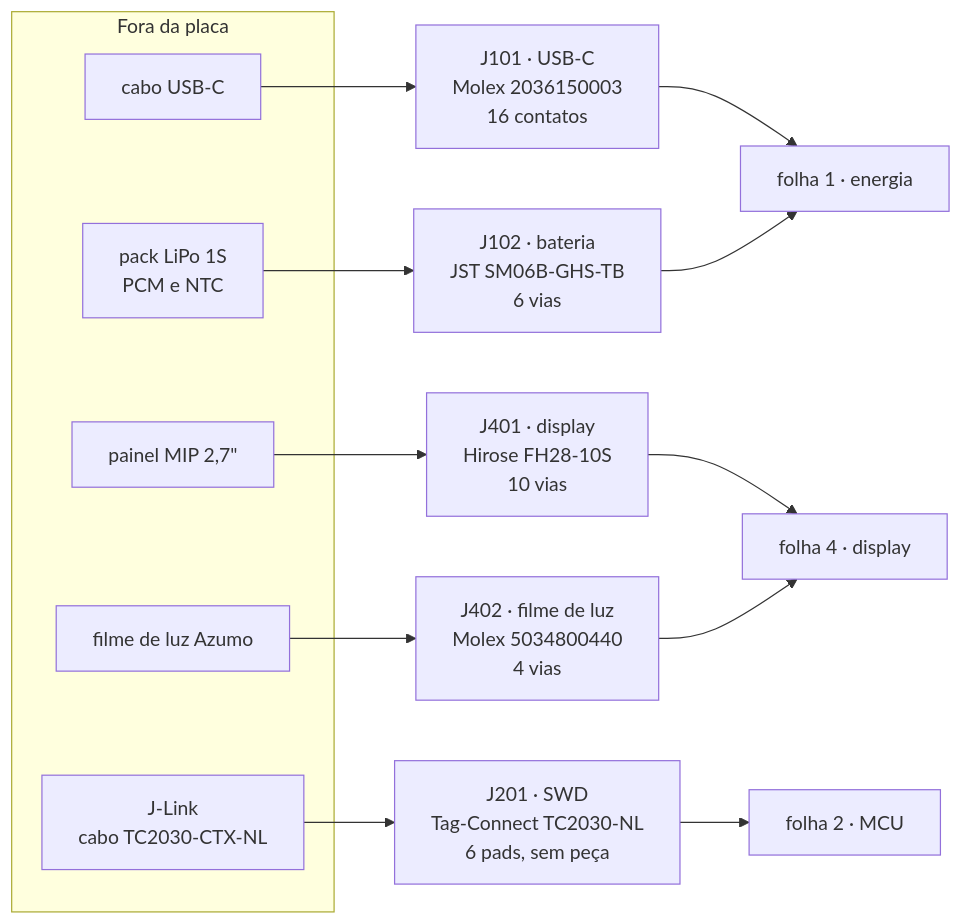
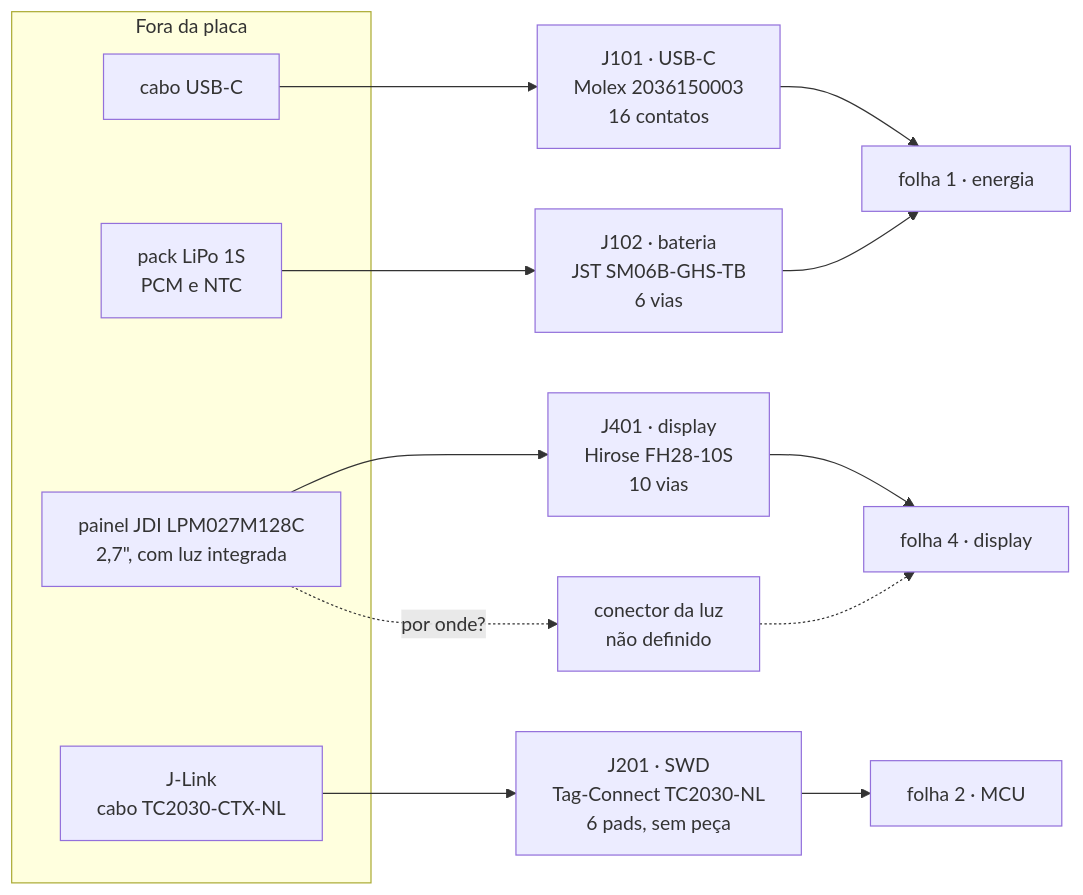
Before and after one commit to Guiimartinho/gnss-bike-computer: the first of 3 diagrams in hardware_gnssbike/06-conectores-e-pontos-de-teste.md, drawn with Mermaid. The commit also changed other lines of this file and 17 other files, not shown here.

````diff
--- a/hardware_gnssbike/06-conectores-e-pontos-de-teste.md
+++ b/hardware_gnssbike/06-conectores-e-pontos-de-teste.md
@@ -37,20 +37,19 @@
 ```mermaid
 flowchart LR
     subgraph EXT["Fora da placa"]
         CABO["cabo USB-C"]
         PACK["pack LiPo 1S<br/>PCM e NTC"]
-        PAINEL["painel MIP 2,7&quot;"]
-        FILME["filme de luz Azumo"]
+        PAINEL["painel JDI LPM027M128C<br/>2,7&quot;, com luz integrada"]
         SONDA["J-Link<br/>cabo TC2030-CTX-NL"]
     end
     CABO --> J101["J101 · USB-C<br/>Molex 2036150003<br/>16 contatos"]
     PACK --> J102["J102 · bateria<br/>JST SM06B-GHS-TB<br/>6 vias"]
     PAINEL --> J401["J401 · display<br/>Hirose FH28-10S<br/>10 vias"]
-    FILME --> J402["J402 · filme de luz<br/>Molex 5034800440<br/>4 vias"]
+    PAINEL -.->|"por onde?"| LUZ["conector da luz<br/>não definido"]
     SONDA --> J201["J201 · SWD<br/>Tag-Connect TC2030-NL<br/>6 pads, sem peça"]
     J101 --> F1["folha 1 · energia"]
     J102 --> F1
     J201 --> F2["folha 2 · MCU"]
     J401 --> F4["folha 4 · display"]
-    J402 --> F4
+    LUZ -.-> F4
 ```
````
